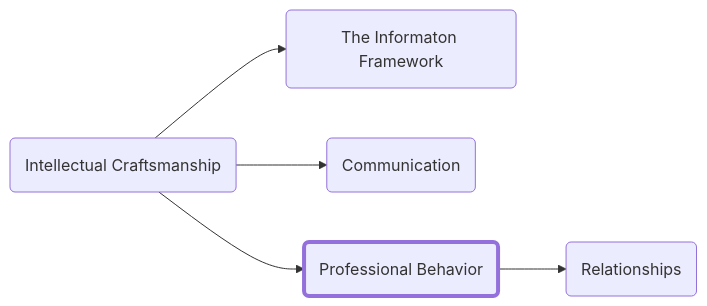
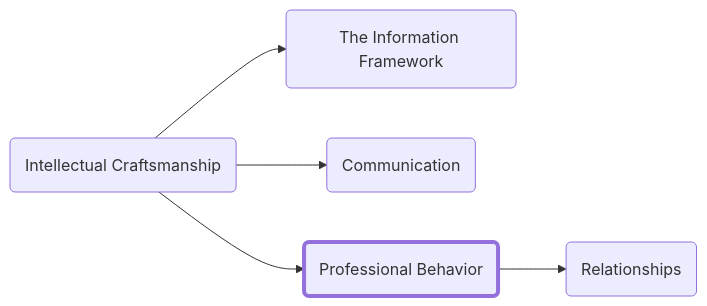
Before and after one commit to forrestpitz/forrestpitz.github.io: the diagram in _posts/2023-01-05-professionalbehavior.md, drawn with Mermaid. The commit also changed 15 other files, not shown here.

````diff
--- a/_posts/2023-01-05-professionalbehavior.md
+++ b/_posts/2023-01-05-professionalbehavior.md
@@ -13,14 +13,14 @@
 ```mermaid
 graph LR;
-  A(Intellectual Craftsmanship)-->B(The Informaton Framework)
+  A(Intellectual Craftsmanship)-->B(The Information Framework)
   A-->C(Communication)
   A-->D(Professional Behavior)
   D-->E(Relationships)
 
   style D stroke-width:4px
 
   click A "{% post_url 2023-01-05-intro %}"
   click B "{% post_url 2023-01-05-info-framework %}"
   click C "{% post_url 2023-01-05-communication %}"
   click E "{% post_url 2023-01-05-relationships %}"
 ```
````
